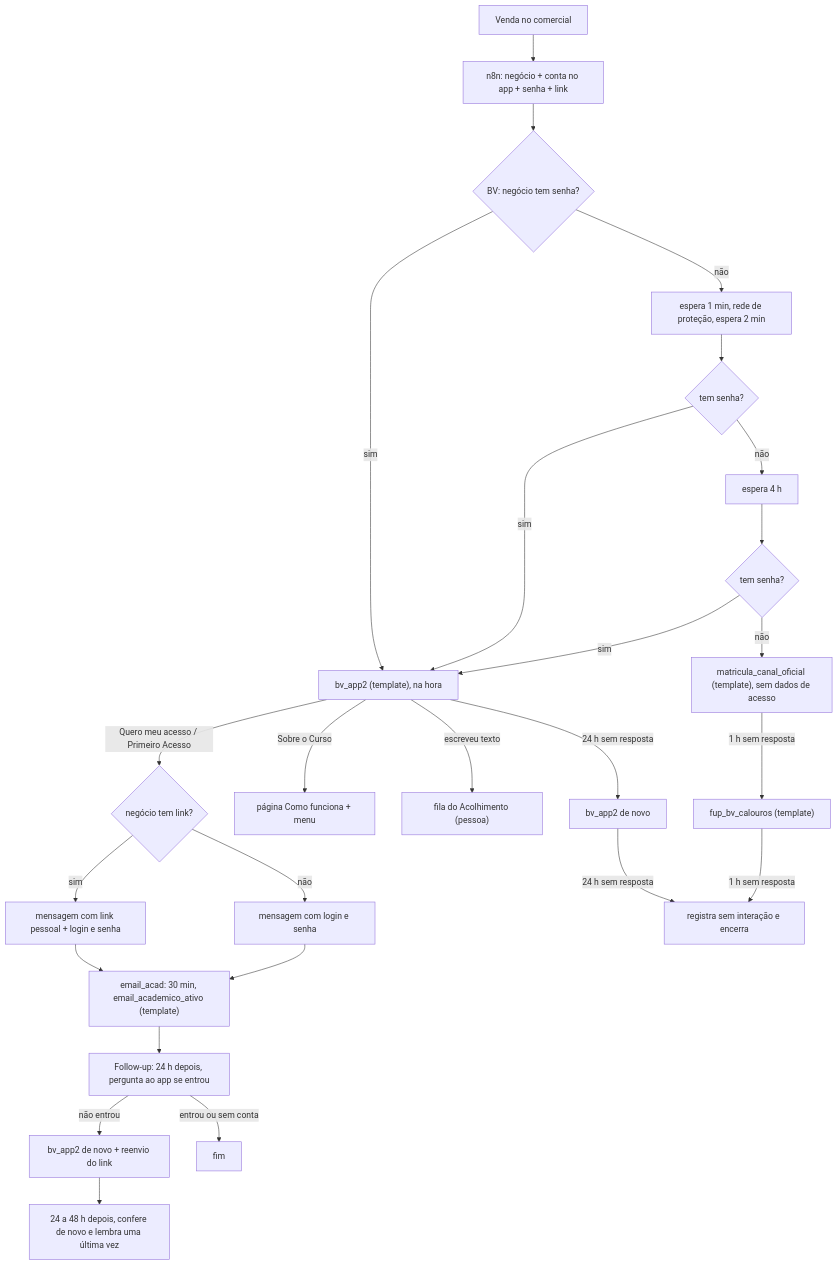
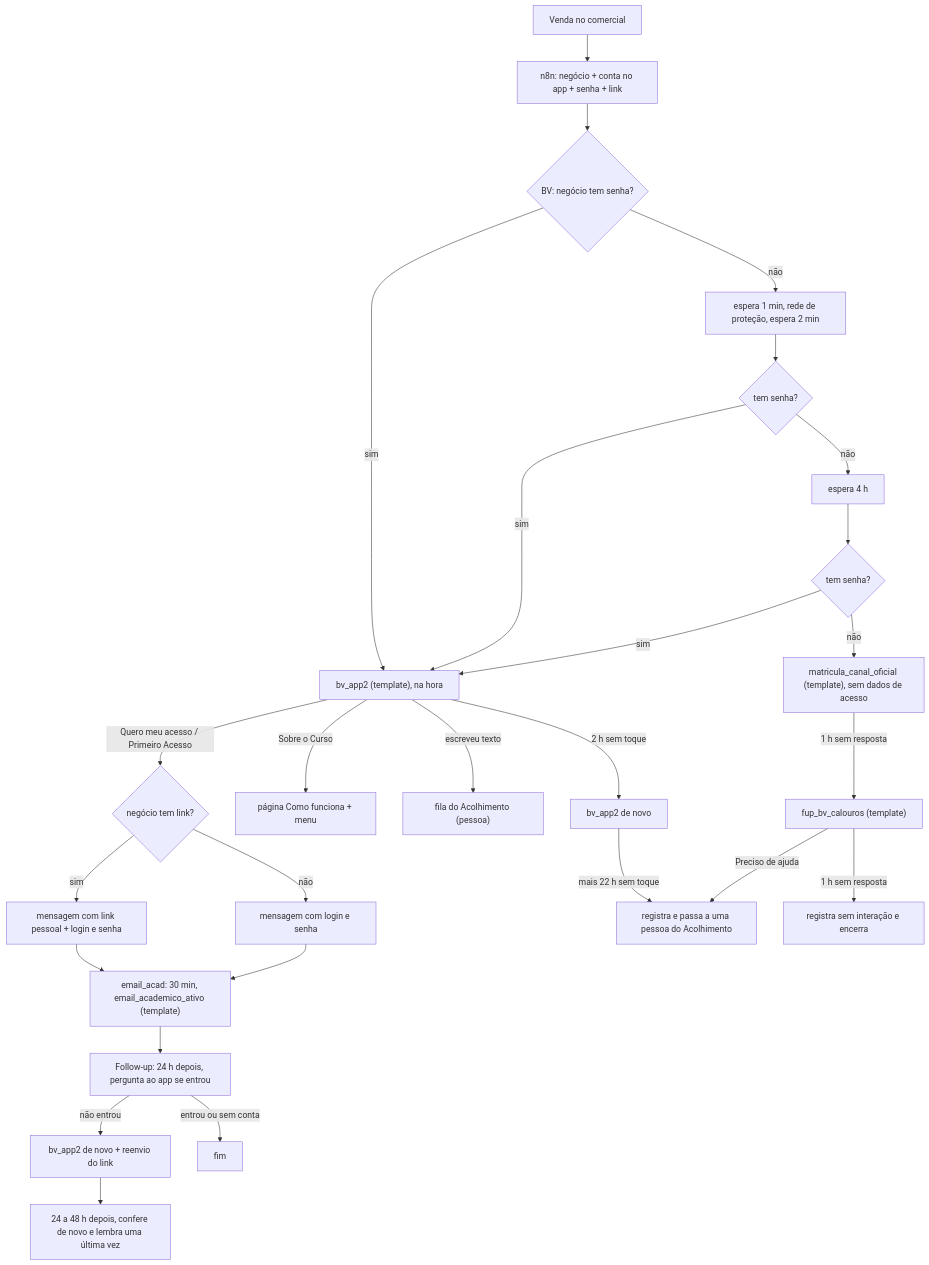
The diagram in docs/regua-calouro.md (caiovpinheiro/app_alunos), drawn with Mermaid before and after one commit. The commit also changed other lines of this file, not shown here.

Commit message:
Régua do calouro: documenta a cadência de 2 h, a passagem para pessoa e os ajustes de 07/11 à tarde

````diff
--- a/docs/regua-calouro.md
+++ b/docs/regua-calouro.md
@@ -26,23 +26,24 @@
 ```mermaid
 flowchart TD
   V["Venda no comercial"] --> N["n8n: negócio + conta no app + senha + link"]
   N --> S{"BV: negócio tem senha?"}
   S -- sim --> A["bv_app2 (template), na hora"]
   S -- não --> R["espera 1 min, rede de proteção, espera 2 min"] --> S2{"tem senha?"}
   S2 -- sim --> A
   S2 -- não --> E4["espera 4 h"] --> S3{"tem senha?"}
   S3 -- sim --> A
   S3 -- não --> M["matricula_canal_oficial (template), sem dados de acesso"]
   A -- "Quero meu acesso / Primeiro Acesso" --> L{"negócio tem link?"}
   L -- sim --> ML["mensagem com link pessoal + login e senha"]
   L -- não --> MS["mensagem com login e senha"]
   ML --> EA["email_acad: 30 min, email_academico_ativo (template)"]
   MS --> EA
   EA --> F["Follow-up: 24 h depois, pergunta ao app se entrou"]
   F -- "não entrou" --> F1["bv_app2 de novo + reenvio do link"] --> F2["24 a 48 h depois, confere de novo e lembra uma última vez"]
   F -- "entrou ou sem conta" --> FIM["fim"]
   A -- "Sobre o Curso" --> C["página Como funciona + menu"]
   A -- "escreveu texto" --> H["fila do Acolhimento (pessoa)"]
-  A -- "24 h sem resposta" --> A2["bv_app2 de novo"] -- "24 h sem resposta" --> SI["registra sem interação e encerra"]
-  M -- "1 h sem resposta" --> FUP["fup_bv_calouros (template)"] -- "1 h sem resposta" --> SI
+  A -- "2 h sem toque" --> A2["bv_app2 de novo"] -- "mais 22 h sem toque" --> P["registra e passa a uma pessoa do Acolhimento"]
+  M -- "1 h sem resposta" --> FUP["fup_bv_calouros (template)"] -- "1 h sem resposta" --> SI["registra sem interação e encerra"]
+  FUP -- "Preciso de ajuda" --> P
 ```
````
